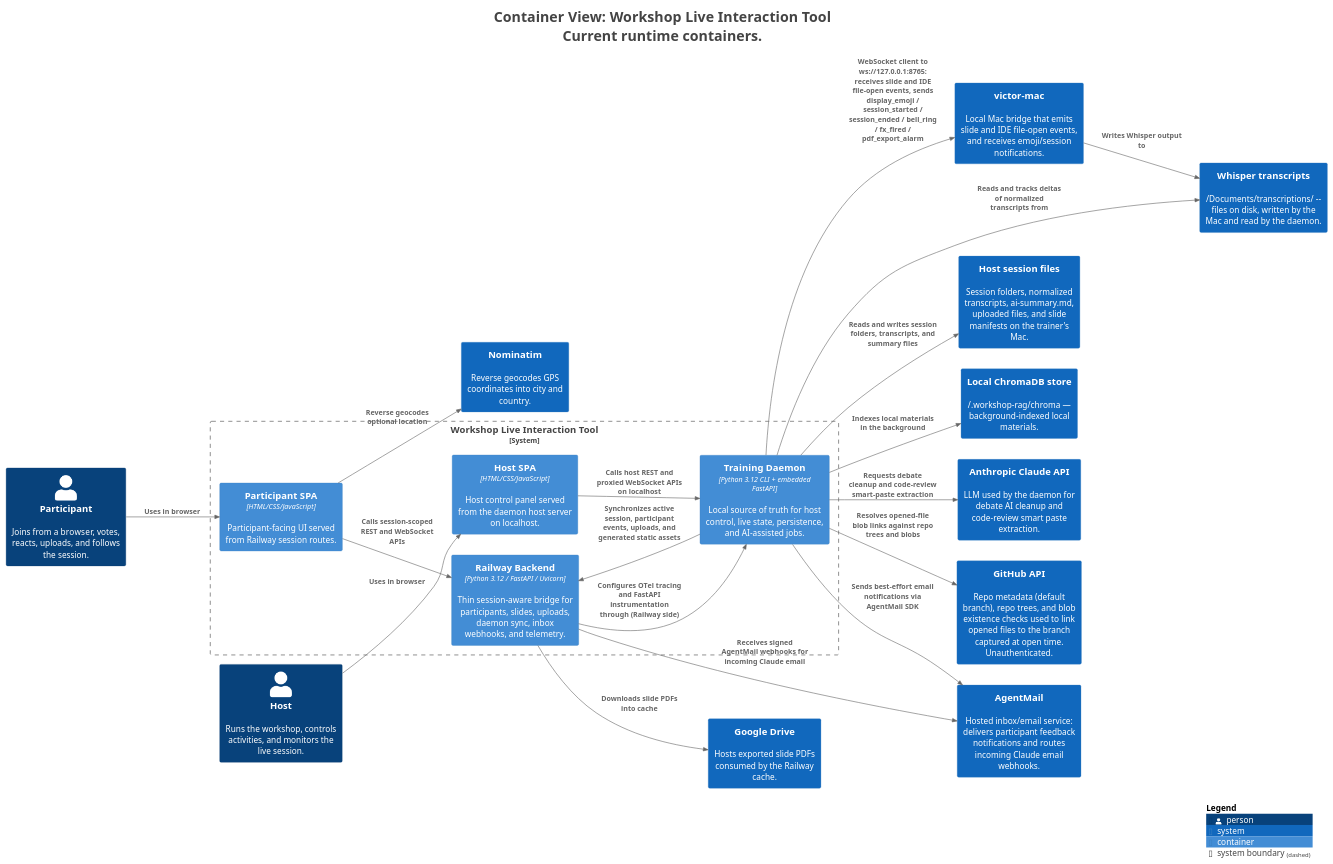
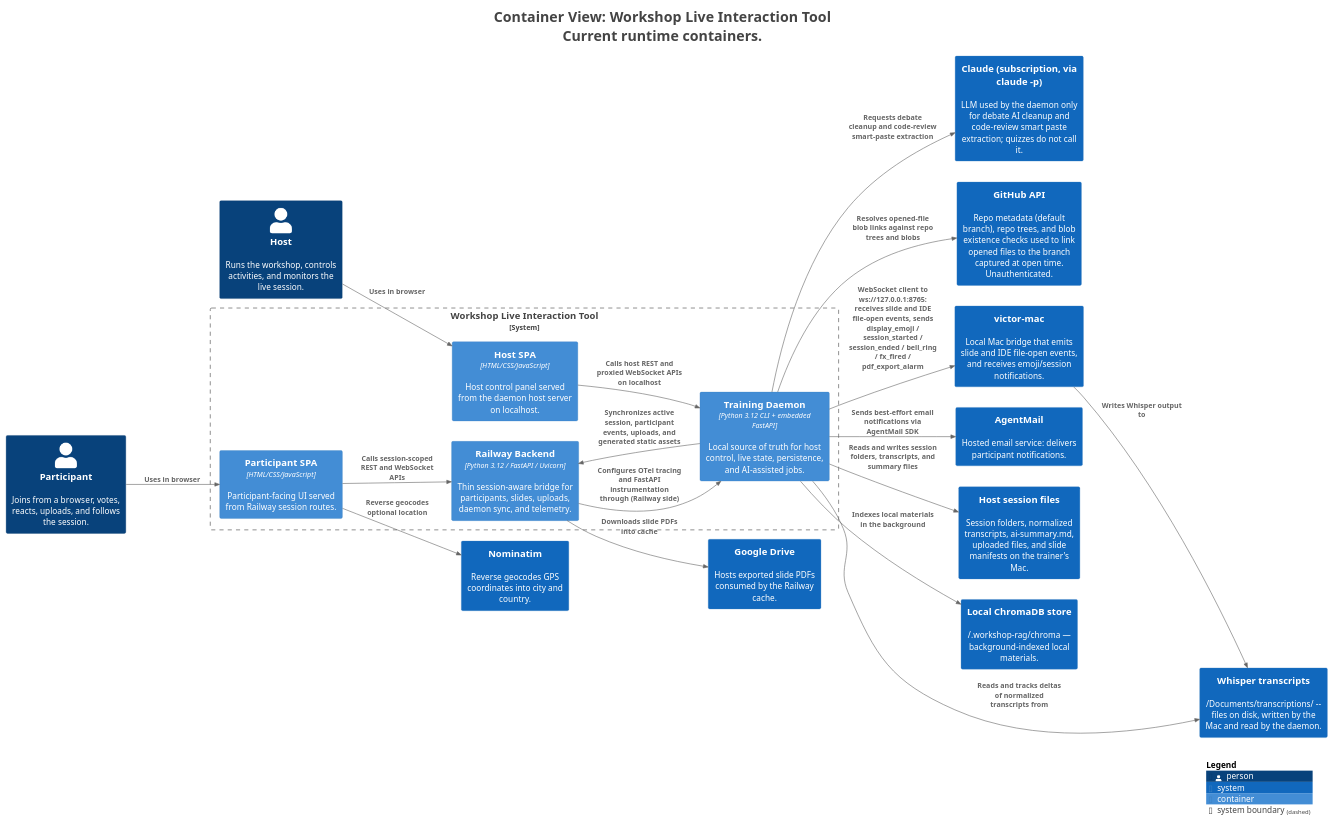
One commit to victorrentea/training-assistant changed the diagram in docs/c4views/C2-Containers.puml. Above: the diagram before and after it, drawn with PlantUML. The commit also changed 45 other files, not shown here.

```diff
--- a/docs/c4views/C2-Containers.puml
+++ b/docs/c4views/C2-Containers.puml
@@ -1,57 +1,56 @@
 @startuml
 title <size:24>Container View: Workshop Live Interaction Tool</size>\n<size:24>Current runtime containers.</size>
 
 set separator none
 left to right direction
 
 <style>
   root {
     BackgroundColor: #ffffff
     FontColor: #444444
   }
 </style>
 
 !include <C4/C4>
 !include <C4/C4_Context>
 !include <C4/C4_Container>
 
 Person(Host, "Host", $descr="Runs the workshop, controls activities, and monitors the live session.", $tags="", $link="")
 Person(Participant, "Participant", $descr="Joins from a browser, votes, reacts, uploads, and follows the session.", $tags="", $link="")
-System(AnthropicClaudeAPI, "Anthropic Claude API", $descr="LLM used by the daemon for debate AI cleanup and code-review smart paste extraction.", $tags="", $link="")
+System(Claudesubscriptionviaclaudep, "Claude (subscription, via claude -p)", $descr="LLM used by the daemon only for debate AI cleanup and code-review smart paste extraction; quizzes do not call it.", $tags="", $link="")
 System(GitHubAPI, "GitHub API", $descr="Repo metadata (default branch), repo trees, and blob existence checks used to link opened files to the branch captured at open time. Unauthenticated.", $tags="", $link="")
-System(victormacosaddons, "victor-mac", $descr="Local Mac bridge that emits slide and IDE file-open events, and receives emoji/session notifications.", $tags="", $link="")
+System(victormac, "victor-mac", $descr="Local Mac bridge that emits slide and IDE file-open events, and receives emoji/session notifications.", $tags="", $link="")
 System(Nominatim, "Nominatim", $descr="Reverse geocodes GPS coordinates into city and country.", $tags="", $link="")
 System(GoogleDrive, "Google Drive", $descr="Hosts exported slide PDFs consumed by the Railway cache.", $tags="", $link="")
-System(AgentMail, "AgentMail", $descr="Hosted inbox/email service: delivers participant feedback notifications and routes incoming Claude email webhooks.", $tags="", $link="")
+System(AgentMail, "AgentMail", $descr="Hosted email service: delivers participant notifications.", $tags="", $link="")
 System(Hostsessionfiles, "Host session files", $descr="Session folders, normalized transcripts, ai-summary.md, uploaded files, and slide manifests on the trainer's Mac.", $tags="", $link="")
 System(LocalChromaDBstore, "Local ChromaDB store", $descr="~/.workshop-rag/chroma — background-indexed local materials.", $tags="", $link="")
 System(Whispertranscripts, "Whisper transcripts", $descr="~/Documents/transcriptions/ -- files on disk, written by the Mac and read by the daemon.", $tags="", $link="")
 
 System_Boundary("WorkshopLiveInteractionTool_boundary", "Workshop Live Interaction Tool", $tags="") {
   Container(WorkshopLiveInteractionTool.ParticipantSPA, "Participant SPA", $techn="HTML/CSS/JavaScript", $descr="Participant-facing UI served from Railway session routes.", $tags="", $link="")
   Container(WorkshopLiveInteractionTool.HostSPA, "Host SPA", $techn="HTML/CSS/JavaScript", $descr="Host control panel served from the daemon host server on localhost.", $tags="", $link="")
-  Container(WorkshopLiveInteractionTool.RailwayBackend, "Railway Backend", $techn="Python 3.12 / FastAPI / Uvicorn", $descr="Thin session-aware bridge for participants, slides, uploads, daemon sync, inbox webhooks, and telemetry.", $tags="", $link="")
+  Container(WorkshopLiveInteractionTool.RailwayBackend, "Railway Backend", $techn="Python 3.12 / FastAPI / Uvicorn", $descr="Thin session-aware bridge for participants, slides, uploads, daemon sync, and telemetry.", $tags="", $link="")
   Container(WorkshopLiveInteractionTool.TrainingDaemon, "Training Daemon", $techn="Python 3.12 CLI + embedded FastAPI", $descr="Local source of truth for host control, live state, persistence, and AI-assisted jobs.", $tags="", $link="")
 }
 
-Rel(victormacosaddons, Whispertranscripts, "Writes Whisper output to", $techn="", $tags="", $link="")
+Rel(victormac, Whispertranscripts, "Writes Whisper output to", $techn="", $tags="", $link="")
 Rel(WorkshopLiveInteractionTool.TrainingDaemon, Whispertranscripts, "Reads and tracks deltas of normalized transcripts from", $techn="", $tags="", $link="")
 Rel(Participant, WorkshopLiveInteractionTool.ParticipantSPA, "Uses in browser", $techn="", $tags="", $link="")
 Rel(Host, WorkshopLiveInteractionTool.HostSPA, "Uses in browser", $techn="", $tags="", $link="")
 Rel(WorkshopLiveInteractionTool.ParticipantSPA, WorkshopLiveInteractionTool.RailwayBackend, "Calls session-scoped REST and WebSocket APIs", $techn="", $tags="", $link="")
 Rel(WorkshopLiveInteractionTool.ParticipantSPA, Nominatim, "Reverse geocodes optional location", $techn="", $tags="", $link="")
 Rel(WorkshopLiveInteractionTool.HostSPA, WorkshopLiveInteractionTool.TrainingDaemon, "Calls host REST and proxied WebSocket APIs on localhost", $techn="", $tags="", $link="")
 Rel(WorkshopLiveInteractionTool.TrainingDaemon, WorkshopLiveInteractionTool.RailwayBackend, "Synchronizes active session, participant events, uploads, and generated static assets", $techn="", $tags="", $link="")
-Rel(WorkshopLiveInteractionTool.TrainingDaemon, AnthropicClaudeAPI, "Requests debate cleanup and code-review smart-paste extraction", $techn="", $tags="", $link="")
+Rel(WorkshopLiveInteractionTool.TrainingDaemon, Claudesubscriptionviaclaudep, "Requests debate cleanup and code-review smart-paste extraction", $techn="", $tags="", $link="")
 Rel(WorkshopLiveInteractionTool.TrainingDaemon, GitHubAPI, "Resolves opened-file blob links against repo trees and blobs", $techn="", $tags="", $link="")
-Rel(WorkshopLiveInteractionTool.TrainingDaemon, victormacosaddons, "WebSocket client to ws://127.0.0.1:8765: receives slide and IDE file-open events, sends display_emoji / session_started / session_ended / bell_ring / fx_fired / pdf_export_alarm", $techn="", $tags="", $link="")
+Rel(WorkshopLiveInteractionTool.TrainingDaemon, victormac, "WebSocket client to ws://127.0.0.1:8765: receives slide and IDE file-open events, sends display_emoji / session_started / session_ended / bell_ring / fx_fired / pdf_export_alarm", $techn="", $tags="", $link="")
 Rel(WorkshopLiveInteractionTool.TrainingDaemon, AgentMail, "Sends best-effort email notifications via AgentMail SDK", $techn="", $tags="", $link="")
 Rel(WorkshopLiveInteractionTool.TrainingDaemon, Hostsessionfiles, "Reads and writes session folders, transcripts, and summary files", $techn="", $tags="", $link="")
 Rel(WorkshopLiveInteractionTool.TrainingDaemon, LocalChromaDBstore, "Indexes local materials in the background", $techn="", $tags="", $link="")
 Rel(WorkshopLiveInteractionTool.RailwayBackend, GoogleDrive, "Downloads slide PDFs into cache", $techn="", $tags="", $link="")
-Rel(WorkshopLiveInteractionTool.RailwayBackend, AgentMail, "Receives signed AgentMail webhooks for incoming Claude email", $techn="", $tags="", $link="")
 Rel(WorkshopLiveInteractionTool.RailwayBackend, WorkshopLiveInteractionTool.TrainingDaemon, "Configures OTel tracing and FastAPI instrumentation through (Railway side)", $techn="", $tags="", $link="")
 
 SHOW_LEGEND(true)
 hide stereotypes
 @enduml
```
